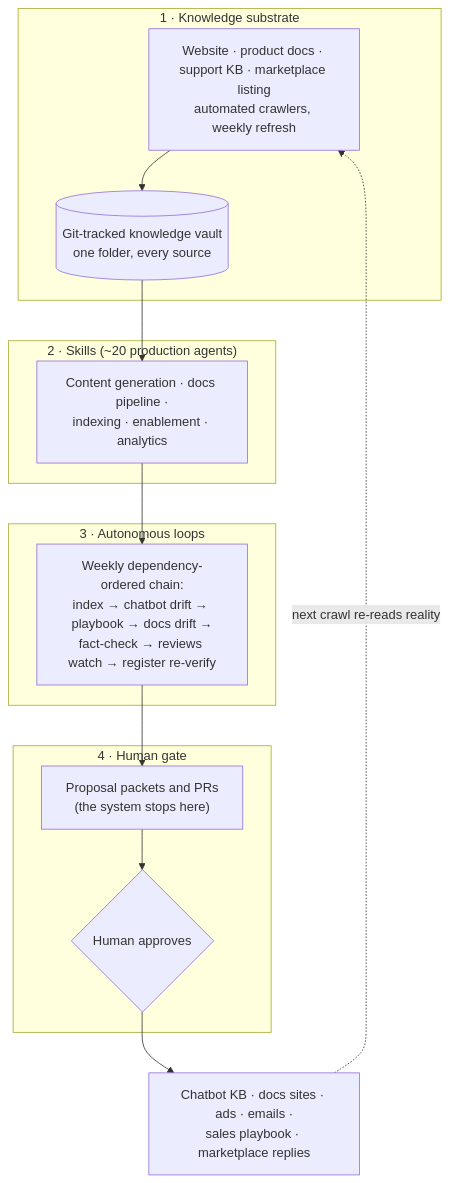
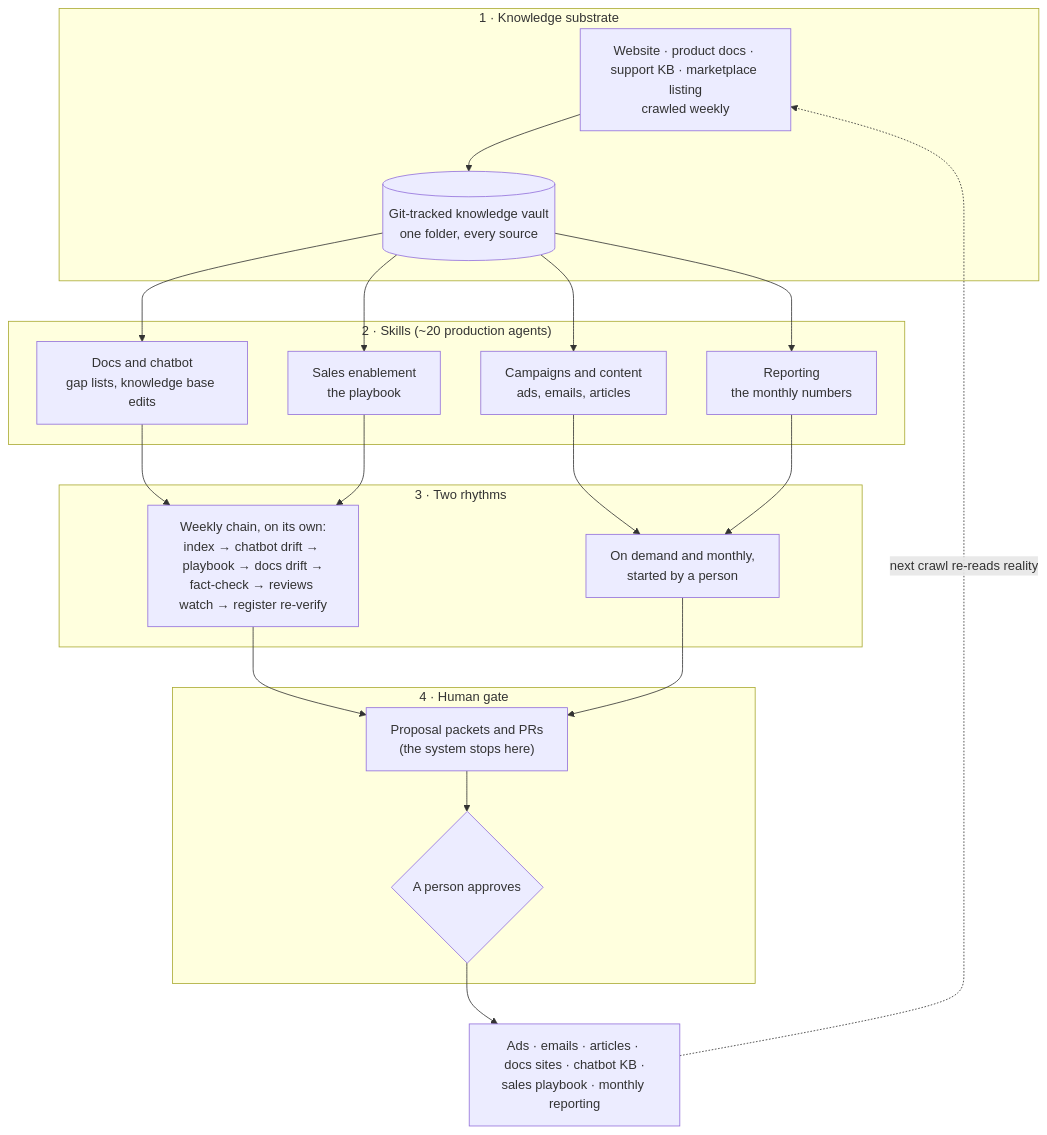
One commit to nunomnferreirapt/ai-operated-growth-engine changed the diagram in evidence/case-studies/how-it-was-run-the-ai-operating-system.md. Above: the diagram before and after it, drawn with Mermaid. The commit also changed other lines of this file, not shown here.

Commit message:
Chapter 7: the diagram covers every area the system ran, in two rhythms; bridging sentence hands the people-decided items to What stayed human (Nuno, 16 Oct)
Claude-Session: https://claude.ai/code/session_013vAMTruojjzTuNGSxvVixS

````diff
--- a/evidence/case-studies/how-it-was-run-the-ai-operating-system.md
+++ b/evidence/case-studies/how-it-was-run-the-ai-operating-system.md
@@ -24,18 +24,25 @@
 ```mermaid
 flowchart TB
     subgraph L1["1 · Knowledge substrate"]
-        S[Website · product docs · support KB · marketplace listing<br/>automated crawlers, weekly refresh] --> V[(Git-tracked knowledge vault<br/>one folder, every source)]
+        S[Website · product docs · support KB · marketplace listing<br/>crawled weekly] --> V[(Git-tracked knowledge vault<br/>one folder, every source)]
     end
     subgraph L2["2 · Skills (~20 production agents)"]
-        V --> SK[Content generation · docs pipeline ·<br/>indexing · enablement · analytics]
+        V --> A[Campaigns and content<br/>ads, emails, articles]
+        V --> D[Docs and chatbot<br/>gap lists, knowledge base edits]
+        V --> E[Sales enablement<br/>the playbook]
+        V --> R[Reporting<br/>the monthly numbers]
     end
-    subgraph L3["3 · Autonomous loops"]
-        SK --> CH[Weekly dependency-ordered chain:<br/>index → chatbot drift → playbook → docs drift →<br/>fact-check → reviews watch → register re-verify]
+    subgraph L3["3 · Two rhythms"]
+        D --> CH[Weekly chain, on its own:<br/>index → chatbot drift → playbook → docs drift →<br/>fact-check → reviews watch → register re-verify]
+        E --> CH
+        A --> OD[On demand and monthly,<br/>started by a person]
+        R --> OD
     end
     subgraph L4["4 · Human gate"]
         CH --> P["Proposal packets and PRs<br/>(the system stops here)"]
-        P --> H{Human approves}
+        OD --> P
+        P --> H{A person approves}
     end
-    H --> OUT[Chatbot KB · docs sites · ads · emails ·<br/>sales playbook · marketplace replies]
+    H --> OUT[Ads · emails · articles · docs sites · chatbot KB ·<br/>sales playbook · monthly reporting]
     OUT -.->|next crawl re-reads reality| S
 ```
````
